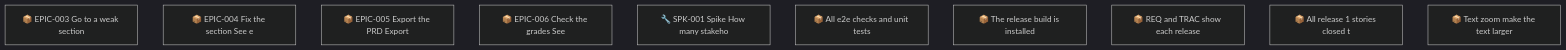
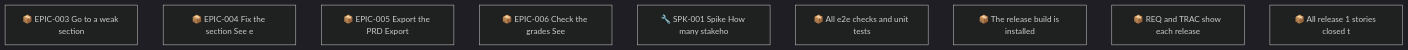
One commit to SpillwaveSolutions/prd-forge-viewer changed the second of 2 diagrams in docs/roadmap.md. Above: the diagram before and after it, drawn with Mermaid (dark theme). The commit also changed other lines of this file and 13 other files, not shown here.

First line of the commit message:
feat: text zoom

````diff
--- a/docs/roadmap.md
+++ b/docs/roadmap.md
@@ -88,13 +81,12 @@
 ```mermaid
 graph TD
     01M61XNJQPA0F7H1BG56ERNJ3P["📦 EPIC-003 Go to a weak section"]
     01M61XNK50616FWM0WZ4FGWGEB["📦 EPIC-004 Fix the section See e"]
     01M61XNK9MPMV0RAEKPX0JC3K4["📦 EPIC-005 Export the PRD Export"]
     01M61XNM7GHPSJ1B96BCHA59ZE["📦 EPIC-006 Check the grades See"]
     01M61XNM9NY7F4D4V7400J56X9["🔧 SPK-001 Spike How many stakeho"]
     01M62C7REGCD2R415FMWFCZMV8["📦 All e2e checks and unit tests"]
     01M62C7REGCD2R415FMWFCZMVA["📦 The release build is installed"]
     01M62C7REHN9N2P8Z19K0EPA0F["📦 REQ and TRAC show each release"]
     01M62C7REHN9N2P8Z19K0EPA0H["📦 All release 1 stories closed t"]
-    01M677QK6YTWSKBMRNXRVHVYVR["📦 Text zoom make the text larger"]
 ```
````
